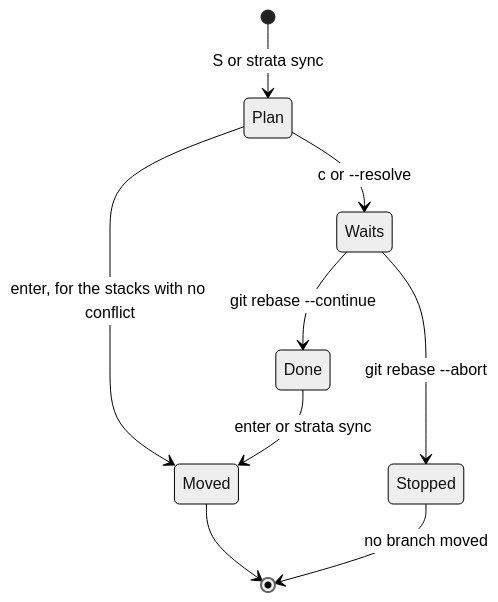
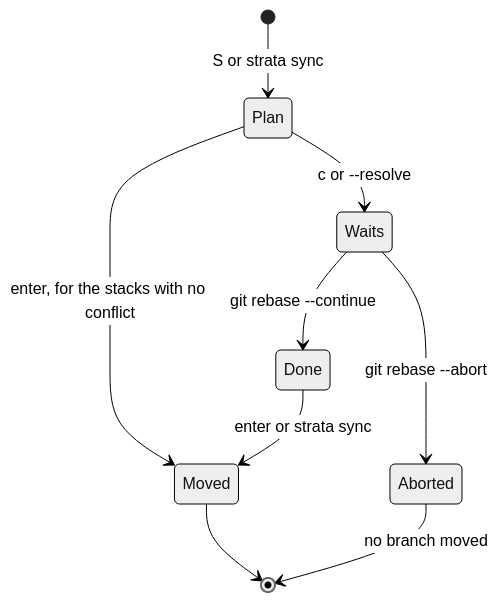
Before and after one commit to hpcsc/strata: the second of 2 diagrams in docs/sync.md, drawn with Mermaid (neutral theme). The commit also changed other lines of this file and 9 other files, not shown here.

````diff
--- a/docs/sync.md
+++ b/docs/sync.md
@@ -172,11 +172,11 @@
 ```mermaid
 stateDiagram-v2
     [*] --> Plan: S or strata sync
     Plan --> Moved: enter, for the stacks with no conflict
     Plan --> Waits: c or --resolve
     Waits --> Done: git rebase --continue
-    Waits --> Stopped: git rebase --abort
+    Waits --> Aborted: git rebase --abort
     Done --> Moved: enter or strata sync
-    Stopped --> [*]: no branch moved
+    Aborted --> [*]: no branch moved
     Moved --> [*]
 ```
````
